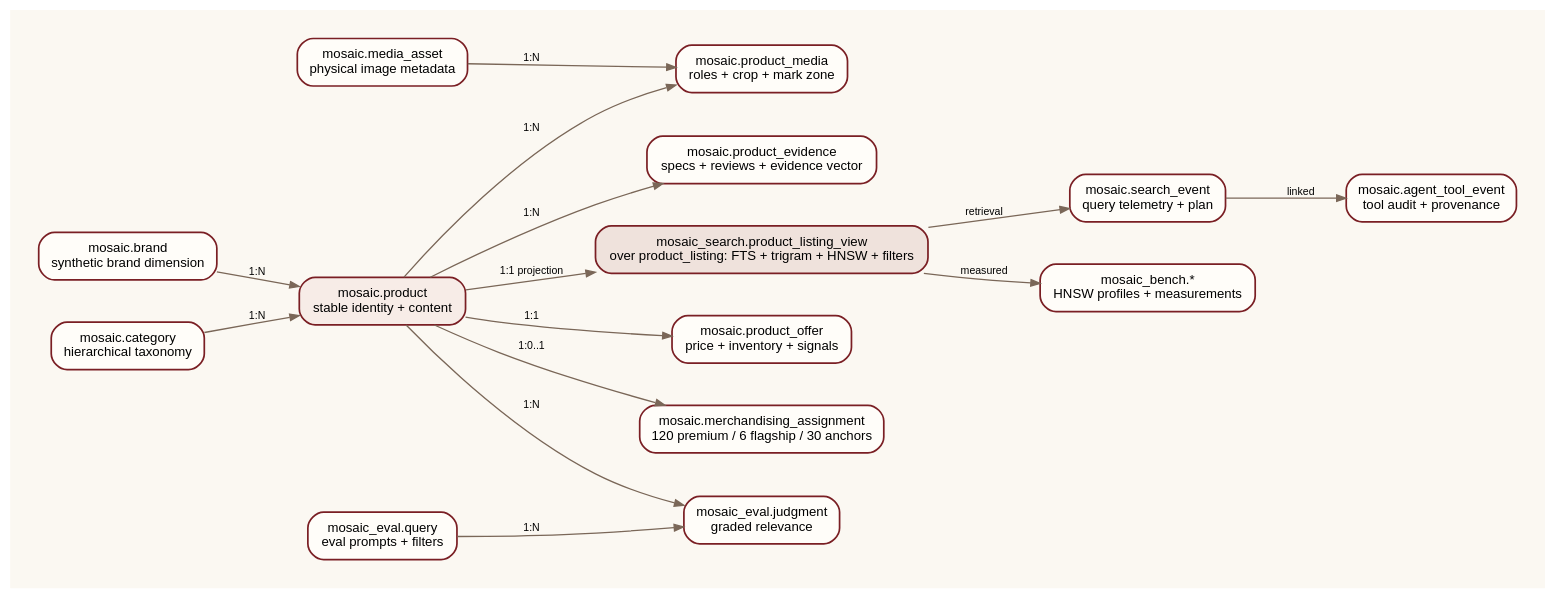
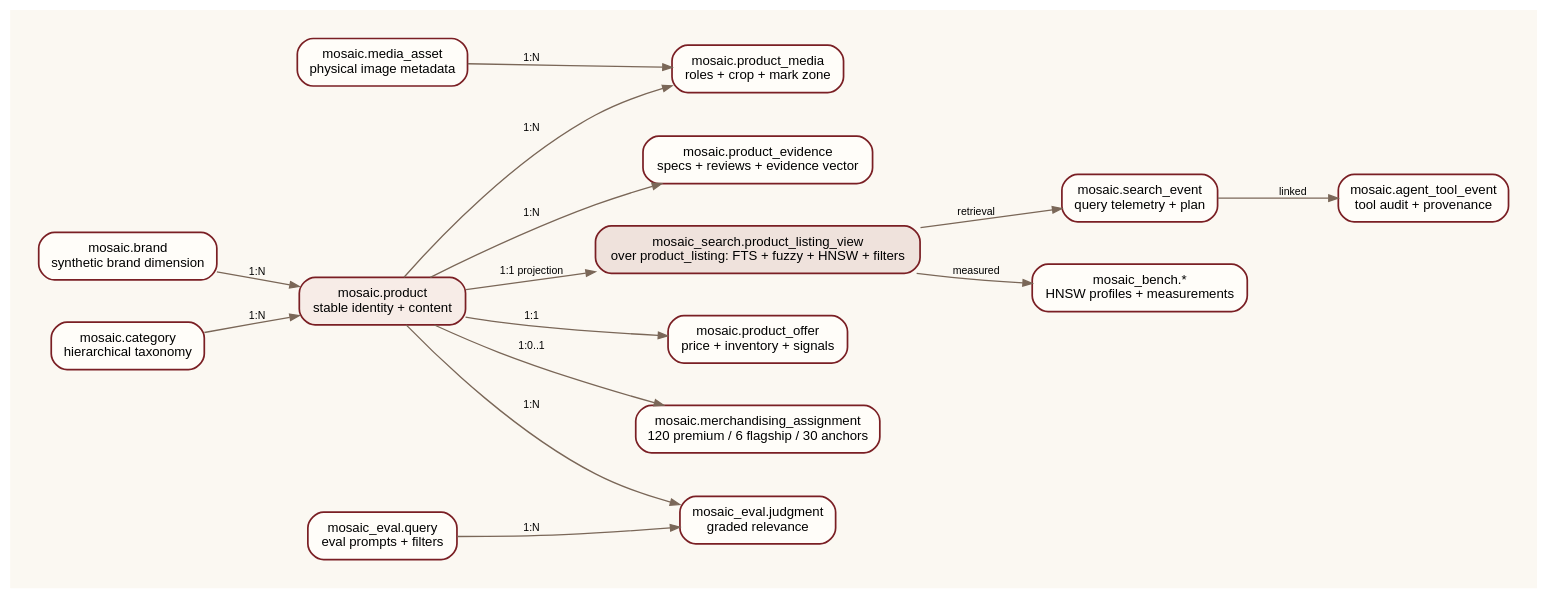
One commit to aws-samples/sample-agentic-hybrid-retrieval-aurora-postgresql changed the diagram in db/docs/erd.dot. Above: the diagram before and after it, drawn with Graphviz. The commit also changed 21 other files, not shown here.

First line of the commit message:
Name the SQL searches search_fuzzy and search_semantic

```diff
--- a/db/docs/erd.dot
+++ b/db/docs/erd.dot
@@ -1,34 +1,34 @@
 digraph MosaicERD {
   graph [rankdir=LR, bgcolor="#fbf8f2", pad=0.3, nodesep=0.45, ranksep=0.65, fontname="Arial"];
   node [shape=box, style="rounded,filled", fillcolor="#fffdf9", color="#7a1f24", penwidth=1.3, fontname="Arial", fontsize=10, margin="0.14,0.10"];
   edge [color="#7a6758", arrowsize=0.7, fontname="Arial", fontsize=8];
 
   brand [label="mosaic.brand\nsynthetic brand dimension"];
   category [label="mosaic.category\nhierarchical taxonomy"];
   product [label="mosaic.product\nstable identity + content", fillcolor="#f7ece7"];
   offer [label="mosaic.product_offer\nprice + inventory + signals"];
   merch [label="mosaic.merchandising_assignment\n120 premium / 6 flagship / 30 anchors"];
   media [label="mosaic.media_asset\nphysical image metadata"];
   product_media [label="mosaic.product_media\nroles + crop + mark zone"];
   evidence [label="mosaic.product_evidence\nspecs + reviews + evidence vector"];
-  document [label="mosaic_search.product_listing_view\nover product_listing: FTS + trigram + HNSW + filters", fillcolor="#efe2dc"];
+  document [label="mosaic_search.product_listing_view\nover product_listing: FTS + fuzzy + HNSW + filters", fillcolor="#efe2dc"];
   search_event [label="mosaic.search_event\nquery telemetry + plan"];
   tool_event [label="mosaic.agent_tool_event\ntool audit + provenance"];
   eval_query [label="mosaic_eval.query\neval prompts + filters"];
   judgment [label="mosaic_eval.judgment\ngraded relevance"];
   benchmark [label="mosaic_bench.*\nHNSW profiles + measurements"];
 
   brand -> product [label="1:N"];
   category -> product [label="1:N"];
   product -> offer [label="1:1"];
   product -> merch [label="1:0..1"];
   product -> product_media [label="1:N"];
   media -> product_media [label="1:N"];
   product -> evidence [label="1:N"];
   product -> document [label="1:1 projection"];
   document -> search_event [label="retrieval"];
   search_event -> tool_event [label="linked"];
   eval_query -> judgment [label="1:N"];
   product -> judgment [label="1:N"];
   document -> benchmark [label="measured"];
 }
```
